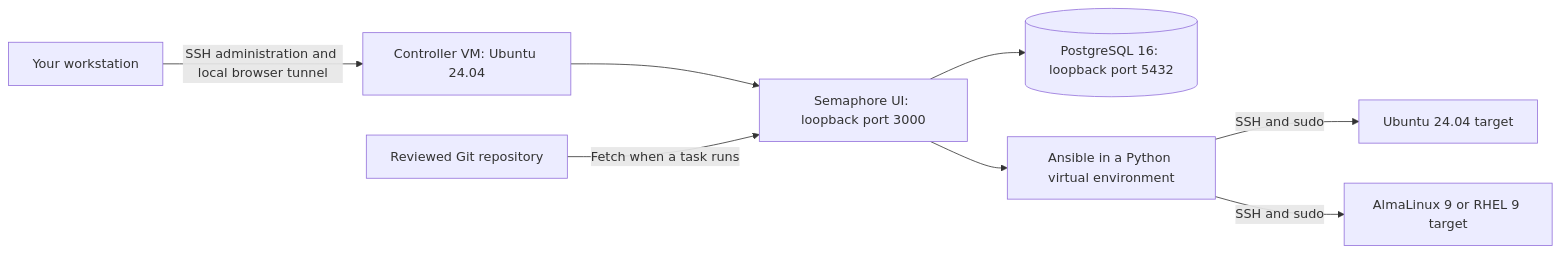
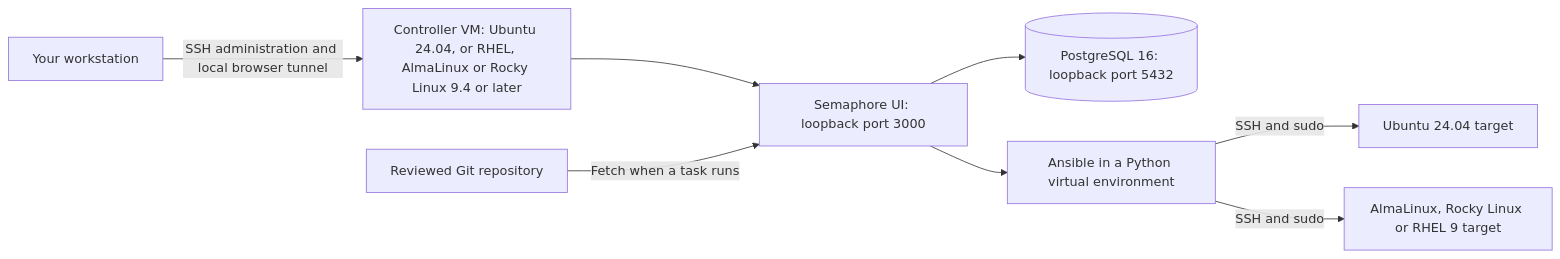
The diagram in README.md (kevo099/ansible-semaphore-guide), drawn with Mermaid before and after one commit. The commit also changed other lines of this file and 16 other files, not shown here.

````diff
--- a/README.md
+++ b/README.md
@@ -18,10 +18,10 @@
 ```mermaid
 flowchart LR
-    W[Your workstation] -->|SSH administration and local browser tunnel| C[Controller VM: Ubuntu 24.04]
+    W[Your workstation] -->|SSH administration and local browser tunnel| C[Controller VM: Ubuntu 24.04, or RHEL, AlmaLinux or Rocky Linux 9.4 or later]
     C --> S[Semaphore UI: loopback port 3000]
     S --> P[(PostgreSQL 16: loopback port 5432)]
     S --> A[Ansible in a Python virtual environment]
     G[Reviewed Git repository] -->|Fetch when a task runs| S
     A -->|SSH and sudo| U[Ubuntu 24.04 target]
-    A -->|SSH and sudo| E[AlmaLinux 9 or RHEL 9 target]
+    A -->|SSH and sudo| E[AlmaLinux, Rocky Linux or RHEL 9 target]
 ```
````
